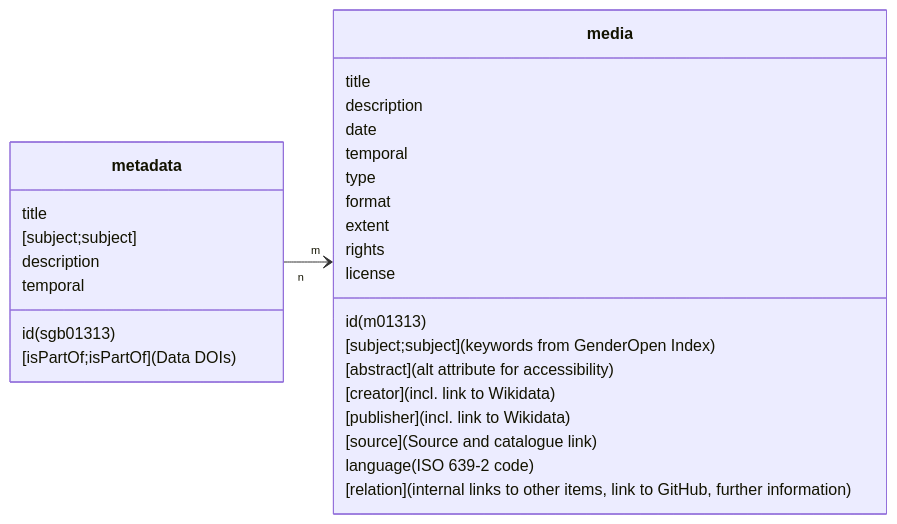
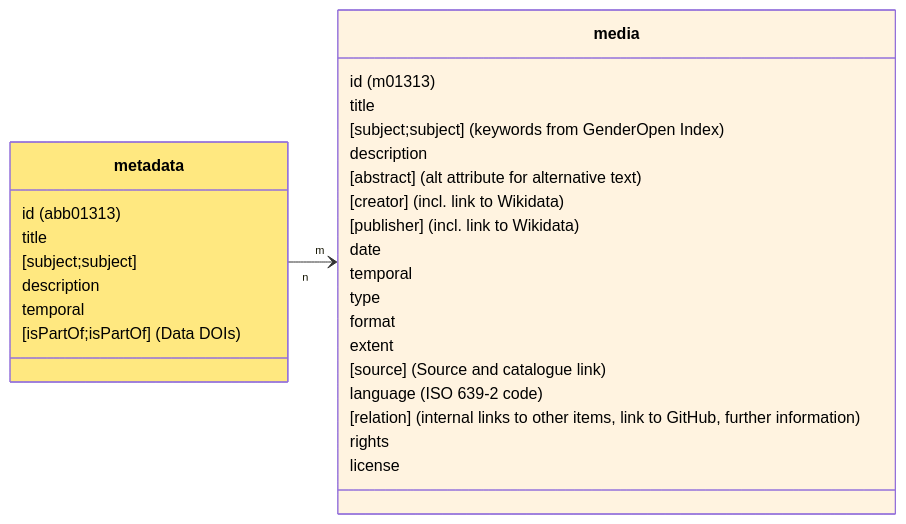
One commit to Stadt-Geschichte-Basel/stadt-geschichte-basel.github.io changed the diagram in products/coding/plattform/index.qmd. Above: the diagram before and after it, drawn with Mermaid. The commit also changed other lines of this file, not shown here.

Commit message:
fix: fix abstract metadata in class diagram

````diff
--- a/products/coding/plattform/index.qmd
+++ b/products/coding/plattform/index.qmd
@@ -45,32 +43,35 @@
 ```{mermaid}
 classDiagram
 direction LR
     class metadata {
-        id (sgb01313)
+        id &lpar;abb01313&rpar;
         title
         [subject;subject]
         description
         temporal
-        [isPartOf;isPartOf] (Data DOIs)
+        [isPartOf;isPartOf] &lpar;Data DOIs&rpar;
     }
     class media {
-        id (m01313)
+        id &lpar;m01313&rpar;
         title
-        [subject;subject] (keywords from GenderOpen Index)
+        [subject;subject] &lpar;keywords from GenderOpen Index&rpar;
         description
-        [abstract] (alt attribute for accessibility)
-        [creator] (incl. link to Wikidata)
-        [publisher] (incl. link to Wikidata)
+        [abstract] &lpar;alt attribute for alternative text&rpar;
+        [creator] &lpar;incl. link to Wikidata&rpar;
+        [publisher] &lpar;incl. link to Wikidata&rpar;
         date
         temporal
         type
         format
         extent
-        [source] (Source and catalogue link)
-        language (ISO 639-2 code)
-        [relation] (internal links to other items, link to GitHub, further information)
+        [source] &lpar;Source and catalogue link&rpar;
+        language &lpar;ISO 639-2 code&rpar;
+        [relation] &lpar;internal links to other items, link to GitHub, further information&rpar;
         rights
         license
     }
     metadata "n" --> "m" media
+
+    style metadata fill:#ffe880,color:#000
+    style media fill:#fff3e0,color:#000
 ```
````
